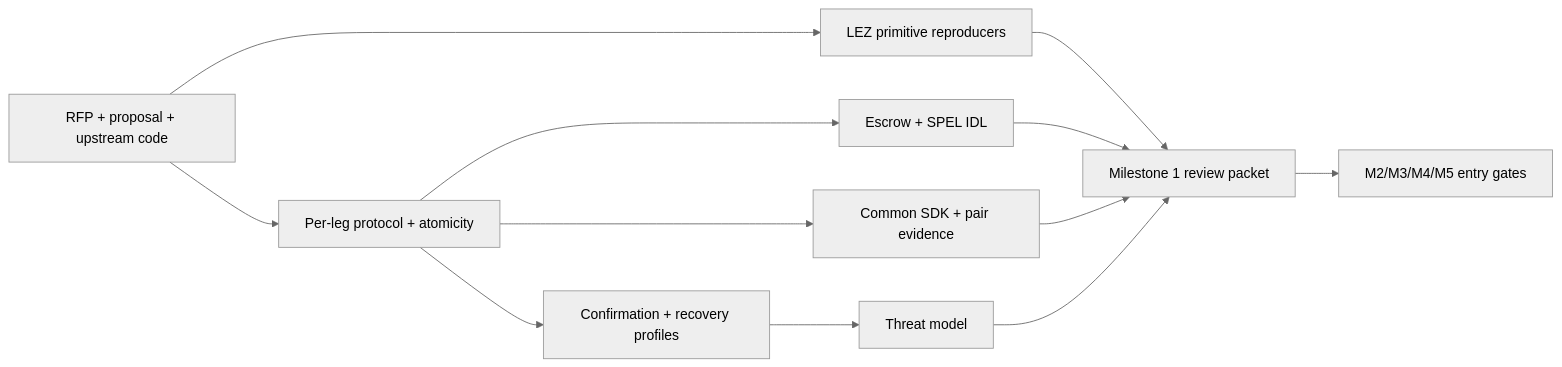
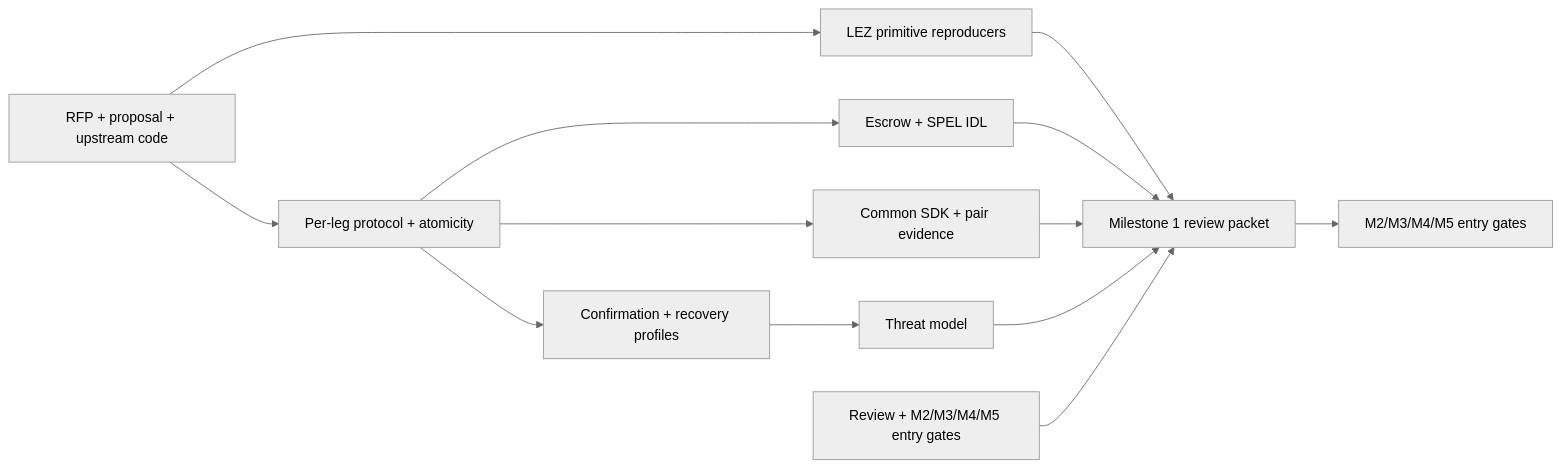
One commit to gateway-fm/lez-atomic-swaps changed the diagram in docs/milestone-1/README.md. Above: the diagram before and after it, drawn with Mermaid (neutral theme). The commit also changed other lines of this file and 7 other files, not shown here.

````diff
--- a/docs/milestone-1/README.md
+++ b/docs/milestone-1/README.md
@@ -19,14 +20,15 @@
 ```mermaid
 flowchart LR
     Sources["RFP + proposal + upstream code"] --> Protocol["Per-leg protocol + atomicity"]
     Sources --> Primitives["LEZ primitive reproducers"]
     Protocol --> Escrow["Escrow + SPEL IDL"]
     Protocol --> SDK["Common SDK + pair evidence"]
     Protocol --> Parameters["Confirmation + recovery profiles"]
     Parameters --> Threats["Threat model"]
     Primitives --> Review["Milestone 1 review packet"]
     Escrow --> Review
     SDK --> Review
     Threats --> Review
+    ReviewDoc["Review + M2/M3/M4/M5 entry gates"] --> Review
     Review --> Gates["M2/M3/M4/M5 entry gates"]
 ```
````
